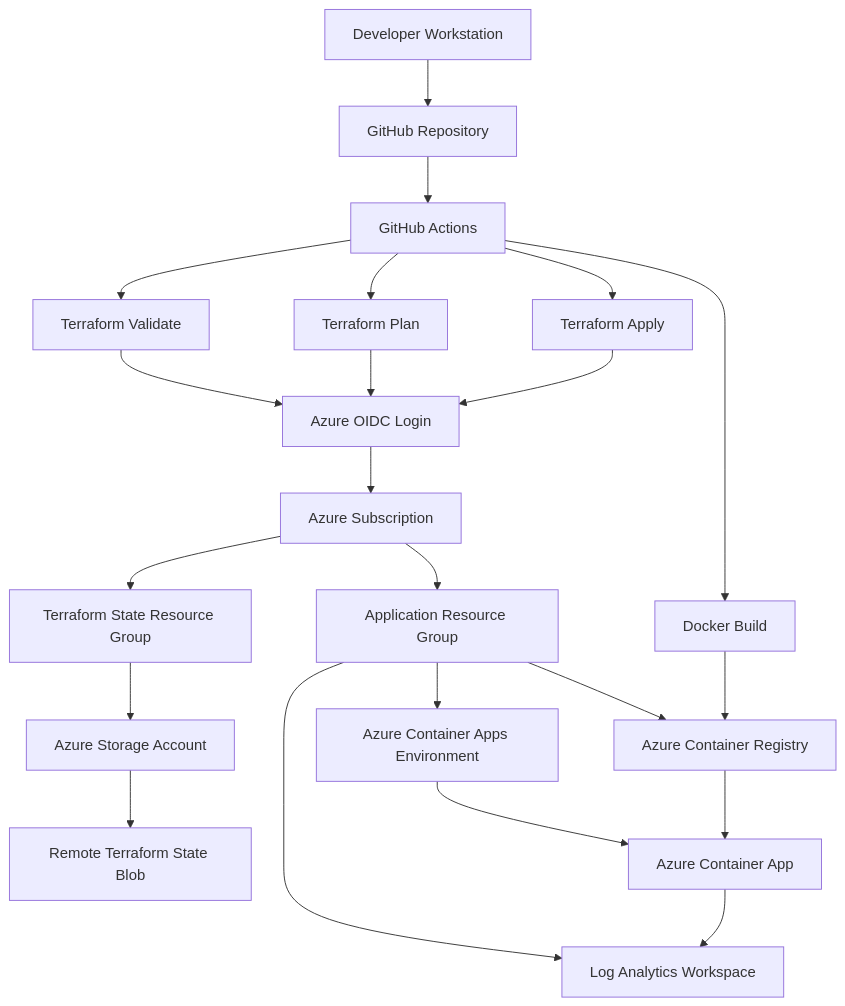
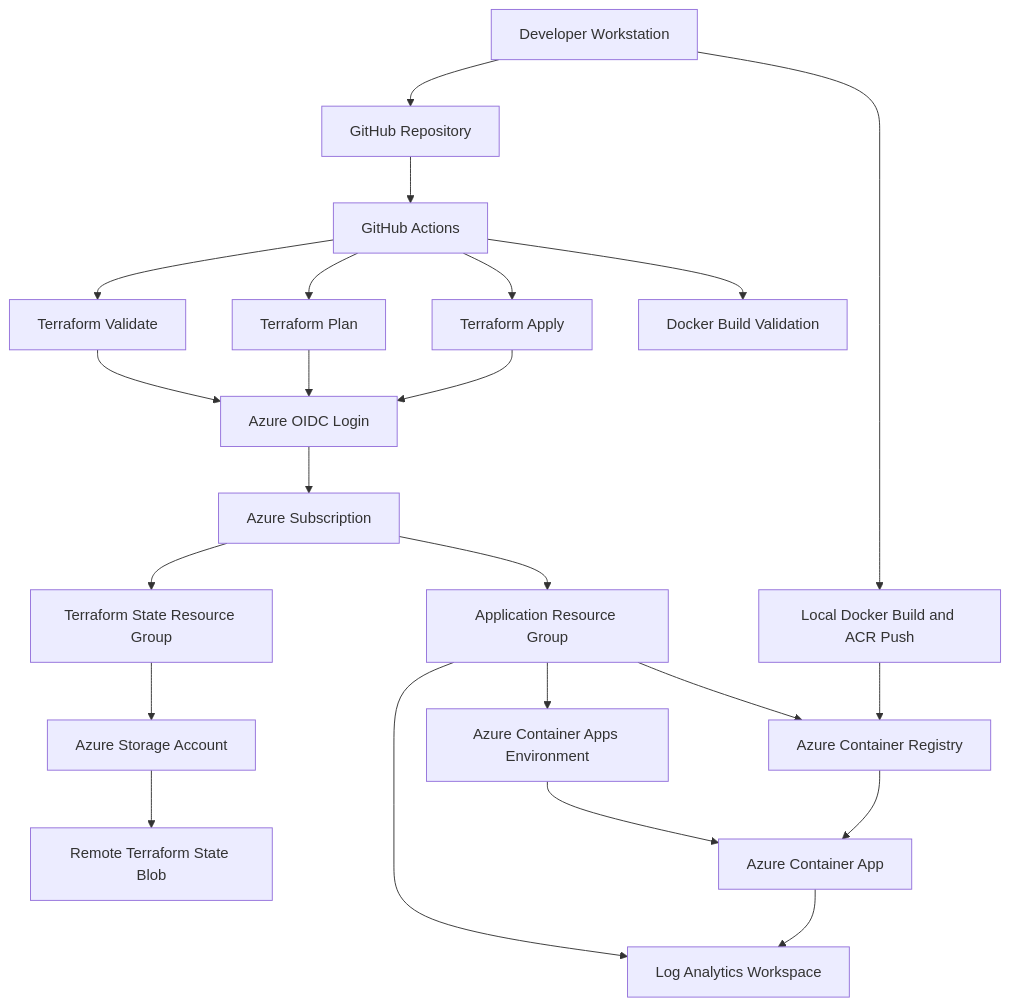
Before and after one commit to adeeb-shaikh/azure-ai-infra-platform: the diagram in docs/architecture.md, drawn with Mermaid. The commit also changed other lines of this file, not shown here.

Commit message:
Correct architecture diagram for Docker build flow

````diff
--- a/docs/architecture.md
+++ b/docs/architecture.md
@@ -19,32 +19,33 @@
 ```mermaid
 flowchart TD
     Dev[Developer Workstation] --> Git[GitHub Repository]
+    Dev --> LocalDocker[Local Docker Build and ACR Push]
 
     Git --> Actions[GitHub Actions]
 
     Actions --> TFValidate[Terraform Validate]
     Actions --> TFPlan[Terraform Plan]
     Actions --> TFApply[Terraform Apply]
-    Actions --> DockerBuild[Docker Build]
+    Actions --> DockerBuild[Docker Build Validation]
 
     TFValidate --> AzureLogin[Azure OIDC Login]
     TFPlan --> AzureLogin
     TFApply --> AzureLogin
 
     AzureLogin --> Azure[Azure Subscription]
 
     Azure --> StateRG[Terraform State Resource Group]
     StateRG --> StateStorage[Azure Storage Account]
     StateStorage --> StateBlob[Remote Terraform State Blob]
 
     Azure --> AppRG[Application Resource Group]
 
     AppRG --> ACR[Azure Container Registry]
     AppRG --> LogAnalytics[Log Analytics Workspace]
     AppRG --> CAE[Azure Container Apps Environment]
     CAE --> ContainerApp[Azure Container App]
 
-    DockerBuild --> ACR
+    LocalDocker --> ACR
     ACR --> ContainerApp
     ContainerApp --> LogAnalytics
 ```
````
